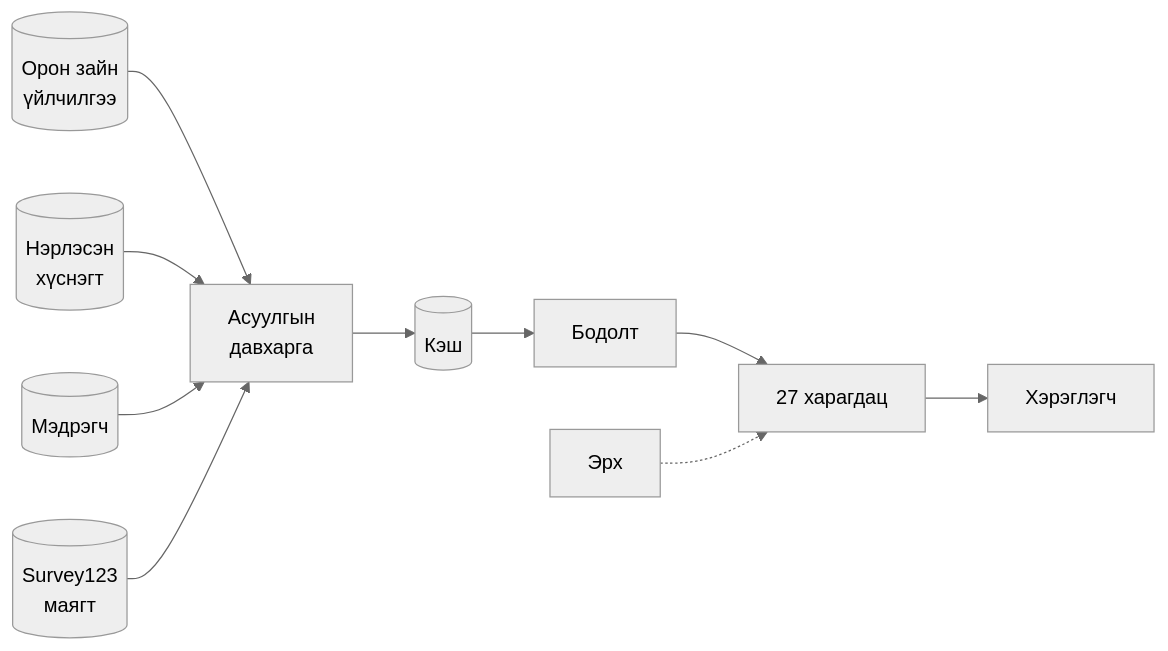
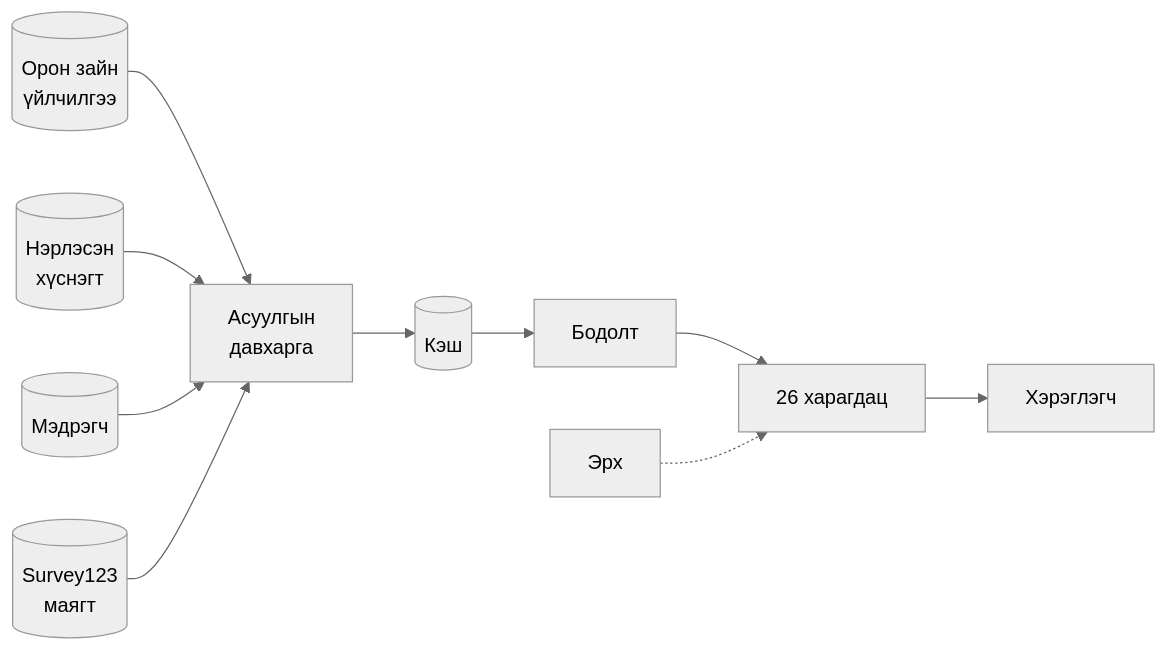
The diagram in docs/SYSTEM.md (monmapgisteam-oss/Selbe_db), drawn with Mermaid (neutral theme) before and after one commit. The commit also changed other lines of this file and 80 other files, not shown here.

````diff
--- a/docs/SYSTEM.md
+++ b/docs/SYSTEM.md
@@ -46,12 +46,12 @@
 ```mermaid
 flowchart LR
   SPACE[(Орон зайн<br/>үйлчилгээ)] --> Q[Асуулгын<br/>давхарга]
   TABLE[(Нэрлэсэн<br/>хүснэгт)] --> Q
   IOT[(Мэдрэгч)] --> Q
   FORM[(Survey123<br/>маягт)] --> Q
   Q --> CACHE[(Кэш)]
   CACHE --> CALC[Бодолт]
-  CALC --> VIEW[27 харагдац]
+  CALC --> VIEW[26 харагдац]
   VIEW --> USER[Хэрэглэгч]
   ACL[Эрх] -.-> VIEW
 ```
````
